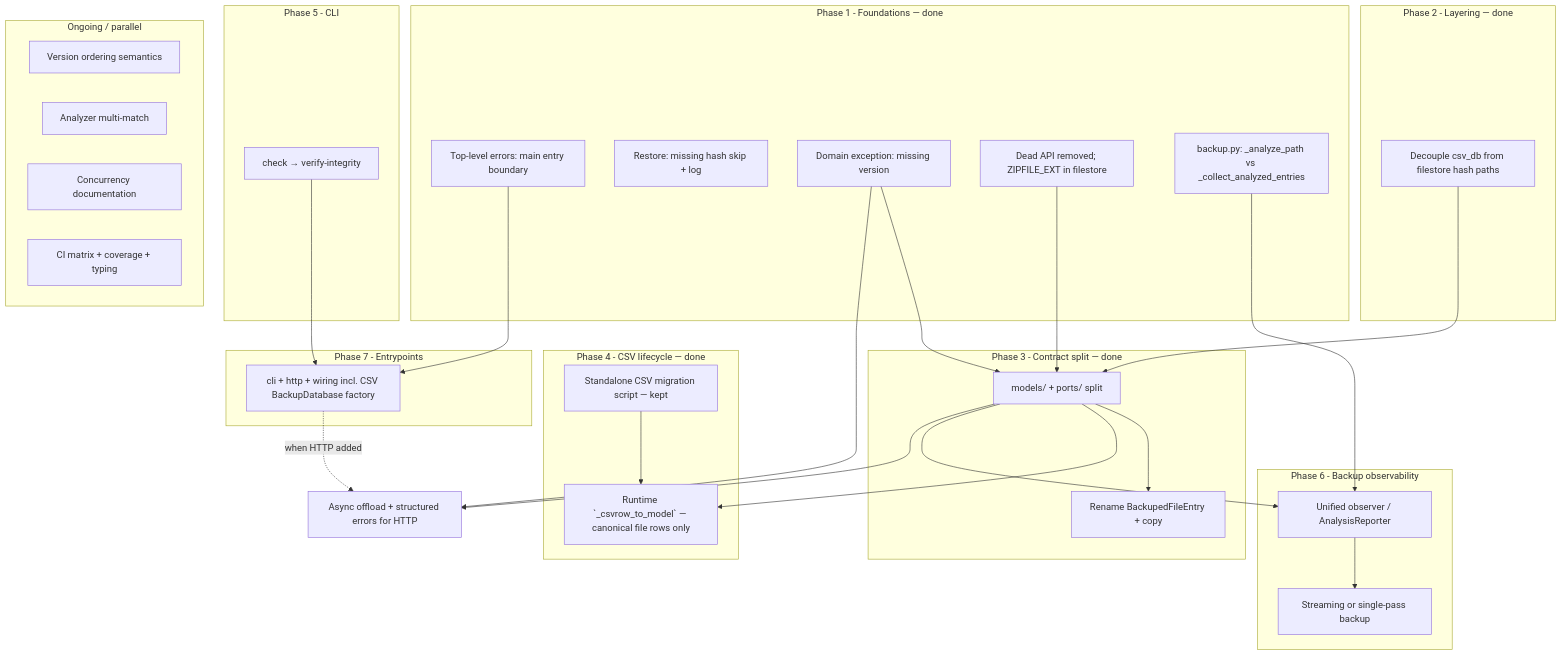
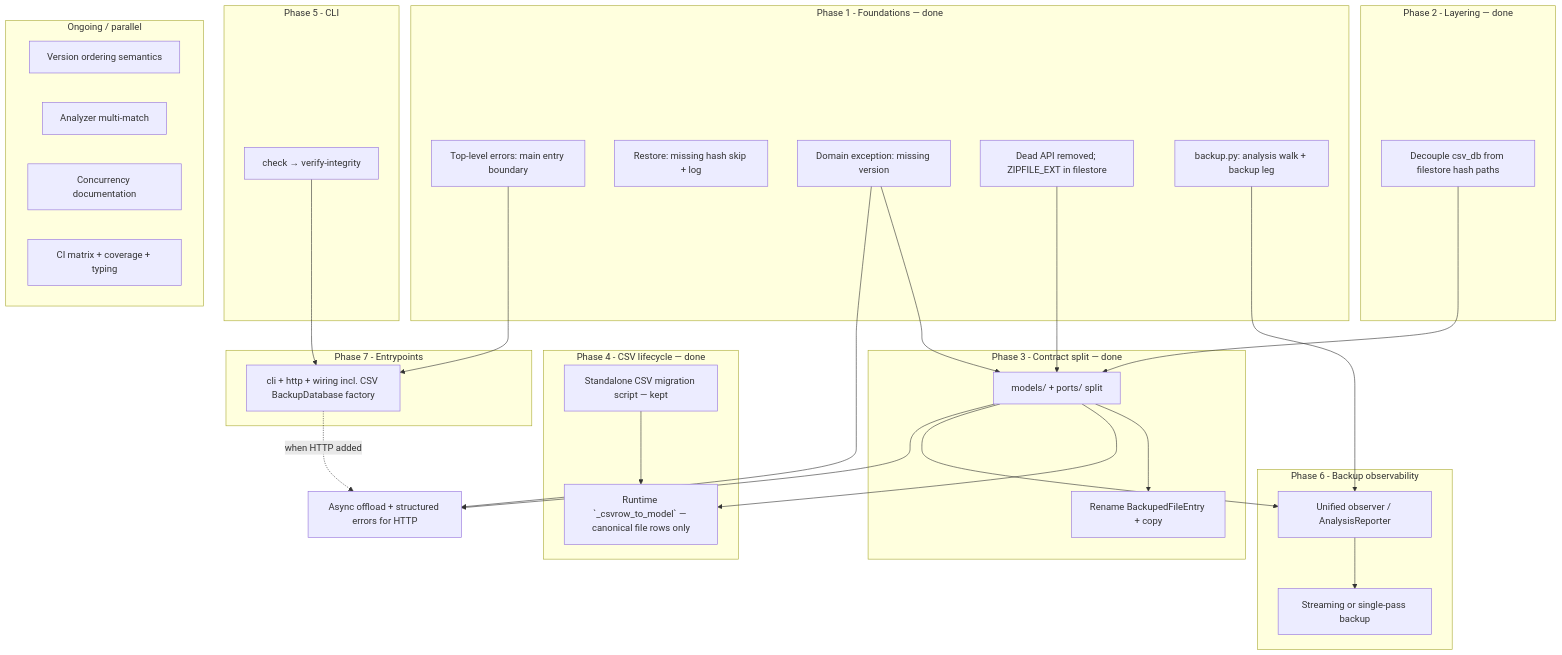
Before and after one commit to piazentin/backuper: the diagram in docs/tech-debt-roadmap.md, drawn with Mermaid. The commit also changed other lines of this file and 2 other files, not shown here.

First line of the commit message:
fix: restore per-entry analysis reporting; align tech-debt doc

````diff
--- a/docs/tech-debt-roadmap.md
+++ b/docs/tech-debt-roadmap.md
@@ -44,59 +44,59 @@
 ```mermaid
 flowchart TB
   subgraph early [Phase 1 - Foundations — done]
     A1[Top-level errors: main entry boundary]
     A2[Restore: missing hash skip + log]
     B1[Domain exception: missing version]
     C1[Dead API removed; ZIPFILE_EXT in filestore]
-    C2[backup.py: _analyze_path vs _collect_analyzed_entries]
+    C2[backup.py: analysis walk + backup leg]
   end
 
   subgraph layering [Phase 2 - Layering — done]
     D1[Decouple csv_db from filestore hash paths]
   end
 
   subgraph contract [Phase 3 - Contract split — done]
     E1[models/ + ports/ split]
     E2[Rename BackupedFileEntry + copy]
   end
 
   subgraph csv [Phase 4 - CSV lifecycle — done]
     F1[Standalone CSV migration script — kept]
     F2[Runtime `_csvrow_to_model` — canonical file rows only]
   end
 
   subgraph cli [Phase 5 - CLI]
     G1[check → verify-integrity]
   end
 
   subgraph pipeline [Phase 6 - Backup observability]
     H1[Unified observer / AnalysisReporter]
     H2[Streaming or single-pass backup]
   end
 
   subgraph entry [Phase 7 - Entrypoints]
     J1[cli + http + wiring incl. CSV BackupDatabase factory]
   end
 
   subgraph polish [Ongoing / parallel]
     I1[Version ordering semantics]
     I2[Analyzer multi-match]
     I3[Concurrency documentation]
     K1[CI matrix + coverage + typing]
   end
 
   C1 --> E1
   B1 --> E1
   D1 --> E1
   A1 --> J1
   E1 --> E2
   E1 --> F2
   F1 --> F2
   G1 --> J1
   H1 --> H2
   C2 --> H1
   E1 --> H1
   J1 -.->|when HTTP added| J2[Async offload + structured errors for HTTP]
   E1 --> J2
   B1 --> J2
 ```
````
